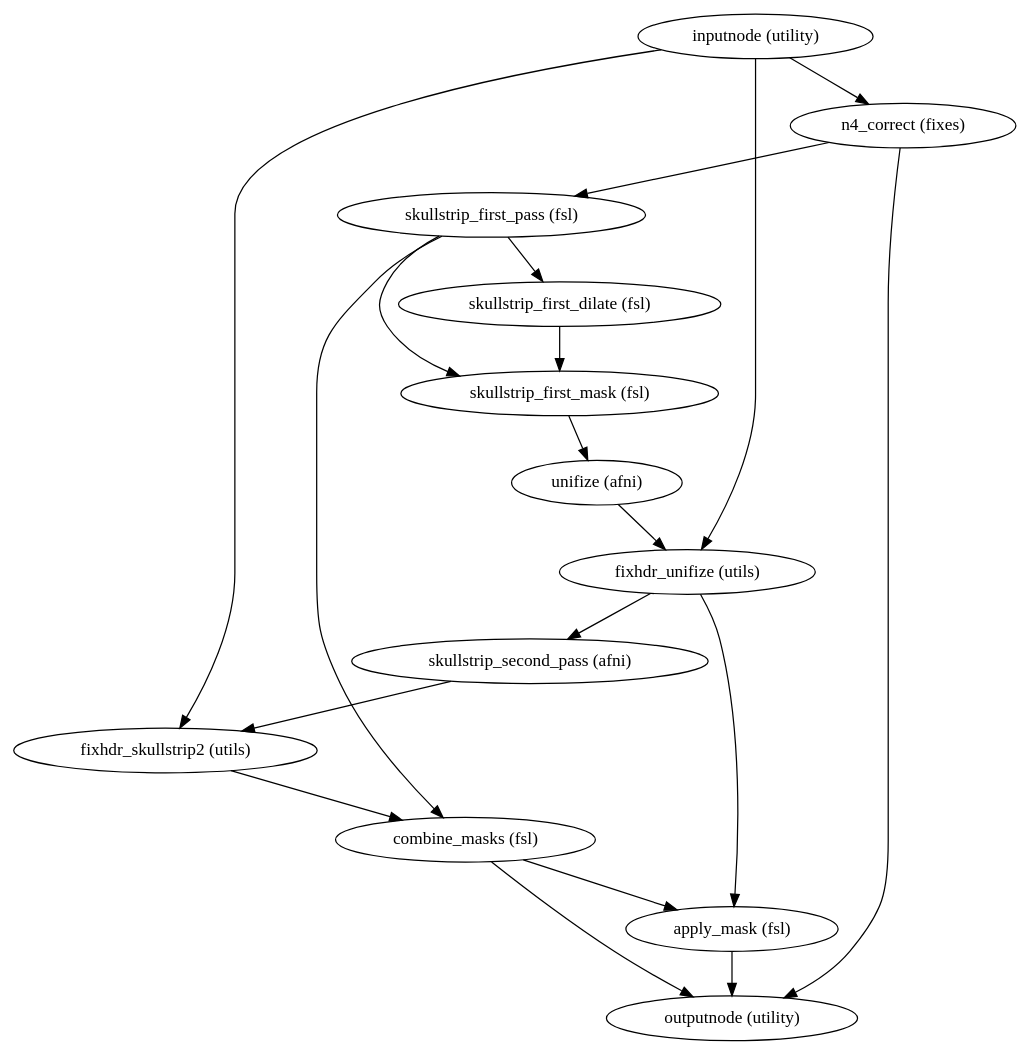
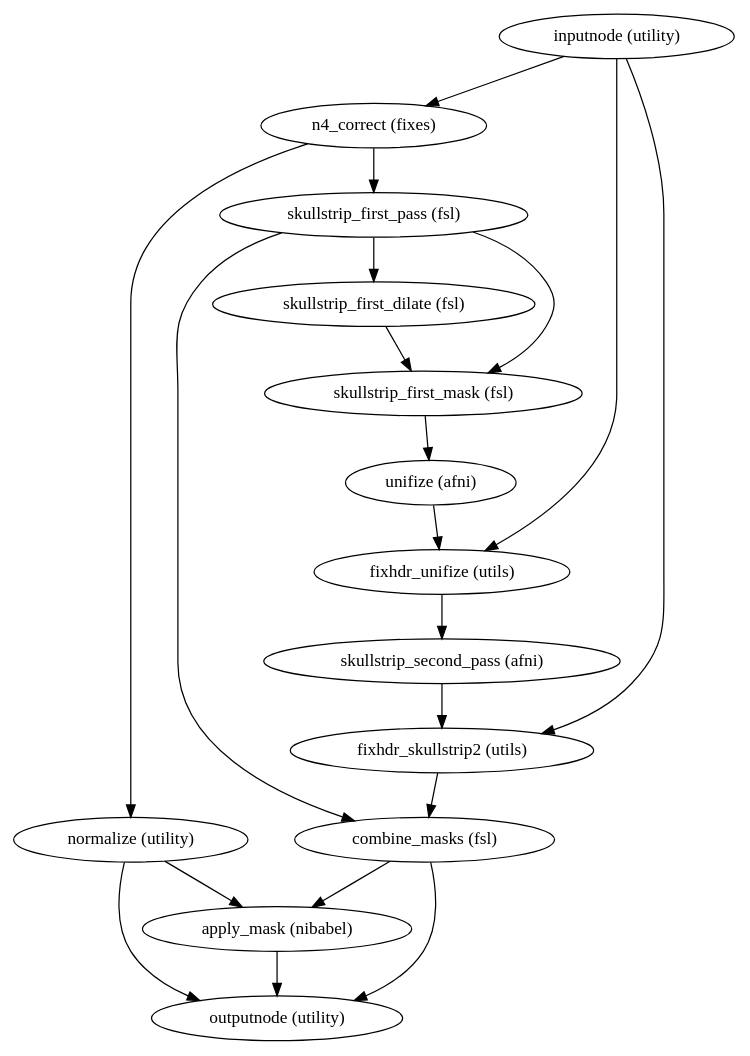
One commit to nipreps/dmriprep changed the diagram in 0.2.2/wf_directive/api/enhance_and_skullstrip_dwi_wf/dmriprep-workflows-dwi-util-2.dot. Above: the diagram before and after it, drawn with Graphviz. The commit also changed 252 other files, not shown here.

```diff
--- a/0.2.2/wf_directive/api/enhance_and_skullstrip_dwi_wf/dmriprep-workflows-dwi-util-2.dot
+++ b/0.2.2/wf_directive/api/enhance_and_skullstrip_dwi_wf/dmriprep-workflows-dwi-util-2.dot
@@ -1,32 +1,34 @@
 strict digraph  {
 "inputnode (utility)";
 "n4_correct (fixes)";
 "fixhdr_unifize (utils)";
 "fixhdr_skullstrip2 (utils)";
 "skullstrip_first_pass (fsl)";
-"outputnode (utility)";
+"normalize (utility)";
 "skullstrip_second_pass (afni)";
-"apply_mask (fsl)";
 "combine_masks (fsl)";
 "skullstrip_first_dilate (fsl)";
 "skullstrip_first_mask (fsl)";
 "unifize (afni)";
+"apply_mask (nibabel)";
+"outputnode (utility)";
 "inputnode (utility)" -> "n4_correct (fixes)";
 "inputnode (utility)" -> "fixhdr_unifize (utils)";
 "inputnode (utility)" -> "fixhdr_skullstrip2 (utils)";
 "n4_correct (fixes)" -> "skullstrip_first_pass (fsl)";
-"n4_correct (fixes)" -> "outputnode (utility)";
+"n4_correct (fixes)" -> "normalize (utility)";
 "fixhdr_unifize (utils)" -> "skullstrip_second_pass (afni)";
-"fixhdr_unifize (utils)" -> "apply_mask (fsl)";
 "fixhdr_skullstrip2 (utils)" -> "combine_masks (fsl)";
 "skullstrip_first_pass (fsl)" -> "skullstrip_first_dilate (fsl)";
 "skullstrip_first_pass (fsl)" -> "skullstrip_first_mask (fsl)";
 "skullstrip_first_pass (fsl)" -> "combine_masks (fsl)";
+"normalize (utility)" -> "apply_mask (nibabel)";
+"normalize (utility)" -> "outputnode (utility)";
 "skullstrip_second_pass (afni)" -> "fixhdr_skullstrip2 (utils)";
-"apply_mask (fsl)" -> "outputnode (utility)";
-"combine_masks (fsl)" -> "apply_mask (fsl)";
+"combine_masks (fsl)" -> "apply_mask (nibabel)";
 "combine_masks (fsl)" -> "outputnode (utility)";
 "skullstrip_first_dilate (fsl)" -> "skullstrip_first_mask (fsl)";
 "skullstrip_first_mask (fsl)" -> "unifize (afni)";
 "unifize (afni)" -> "fixhdr_unifize (utils)";
+"apply_mask (nibabel)" -> "outputnode (utility)";
 }
```
